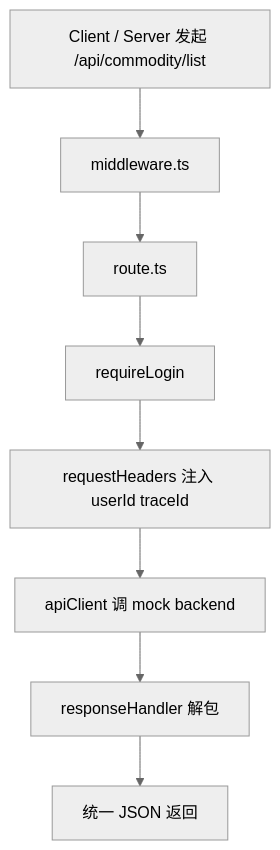
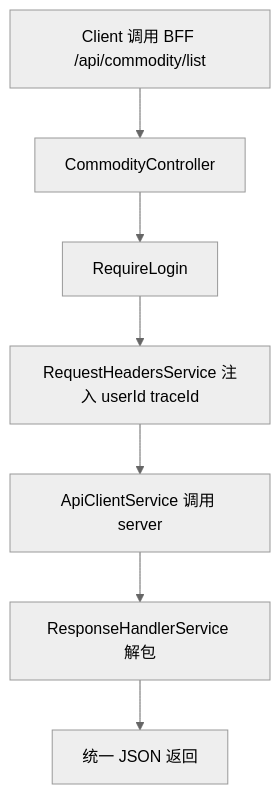
The third of 4 diagrams in SIMULATED_HOBBER_BOP_MVP.md (dadanliu/simulation-system), drawn with Mermaid (neutral theme) before and after one commit. The commit also changed other lines of this file and 42 other files, not shown here.

Commit message:
refactor: migrate bff and server to nestjs

````diff
--- a/SIMULATED_HOBBER_BOP_MVP.md
+++ b/SIMULATED_HOBBER_BOP_MVP.md
@@ -226,10 +238,9 @@
 ```mermaid
 flowchart TD
-    A[Client / Server 发起 /api/commodity/list] --> B[middleware.ts]
-    B --> C[route.ts]
-    C --> D[requireLogin]
-    D --> E[requestHeaders 注入 userId traceId]
-    E --> F[apiClient 调 mock backend]
-    F --> G[responseHandler 解包]
-    G --> H[统一 JSON 返回]
+    A[Client 调用 BFF /api/commodity/list] --> B[CommodityController]
+    B --> C[RequireLogin]
+    C --> D[RequestHeadersService 注入 userId traceId]
+    D --> E[ApiClientService 调用 server]
+    E --> F[ResponseHandlerService 解包]
+    F --> G[统一 JSON 返回]
 ```
````
